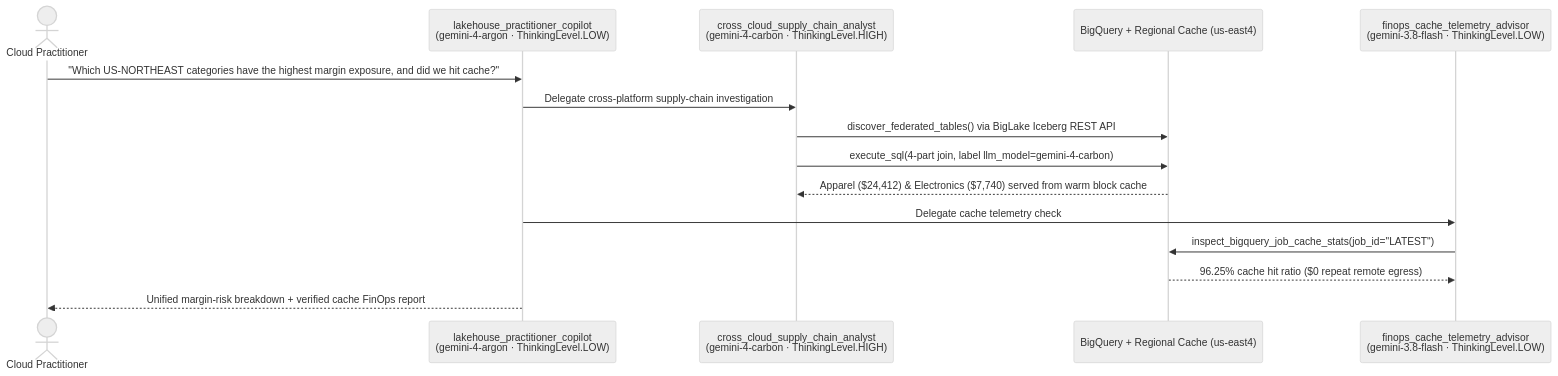
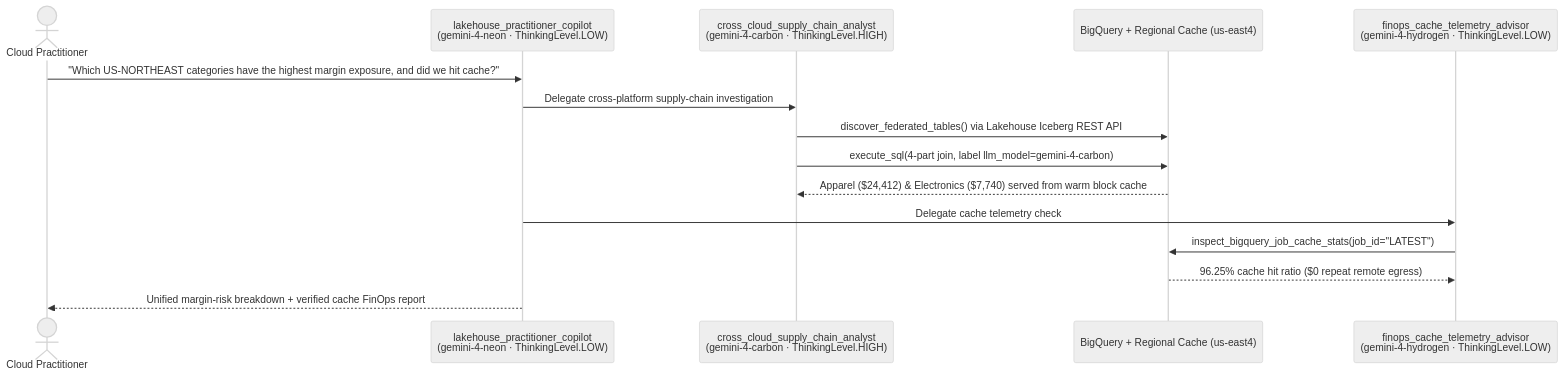
One commit to cmanikandan/gcp-borderless-lakehouse-adk changed the diagram in README.md. Above: the diagram before and after it, drawn with Mermaid (neutral theme). The commit also changed other lines of this file and 34 other files, not shown here.

Commit message:
Update Lakehouse POC & blog for Nov 2026 Google Data Cloud offerings, ADK 2.15, Gemini 4 Neon/Hydrogen, and official SVG diagrams

````diff
--- a/README.md
+++ b/README.md
@@ -267,18 +268,18 @@
 ```mermaid
 sequenceDiagram
     actor User as Cloud Practitioner
-    participant Root as lakehouse_practitioner_copilot<br/>(gemini-4-argon · ThinkingLevel.LOW)
+    participant Root as lakehouse_practitioner_copilot<br/>(gemini-4-neon · ThinkingLevel.LOW)
     participant Analyst as cross_cloud_supply_chain_analyst<br/>(gemini-4-carbon · ThinkingLevel.HIGH)
     participant BQ as BigQuery + Regional Cache (us-east4)
-    participant FinOps as finops_cache_telemetry_advisor<br/>(gemini-3.8-flash · ThinkingLevel.LOW)
+    participant FinOps as finops_cache_telemetry_advisor<br/>(gemini-4-hydrogen · ThinkingLevel.LOW)
 
     User->>Root: "Which US-NORTHEAST categories have the highest margin exposure, and did we hit cache?"
     Root->>Analyst: Delegate cross-platform supply-chain investigation
-    Analyst->>BQ: discover_federated_tables() via BigLake Iceberg REST API
+    Analyst->>BQ: discover_federated_tables() via Lakehouse Iceberg REST API
     Analyst->>BQ: execute_sql(4-part join, label llm_model=gemini-4-carbon)
     BQ-->>Analyst: Apparel ($24,412) & Electronics ($7,740) served from warm block cache
     Root->>FinOps: Delegate cache telemetry check
     FinOps->>BQ: inspect_bigquery_job_cache_stats(job_id="LATEST")
     BQ-->>FinOps: 96.25% cache hit ratio ($0 repeat remote egress)
     Root-->>User: Unified margin-risk breakdown + verified cache FinOps report
 ```
````
